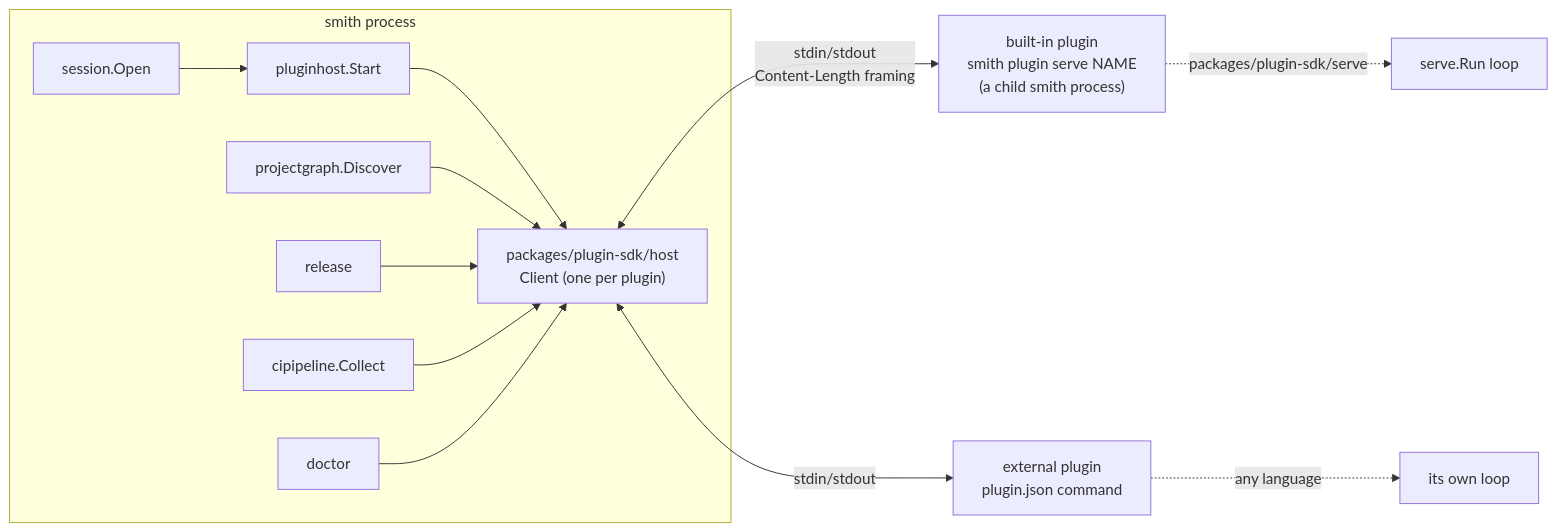
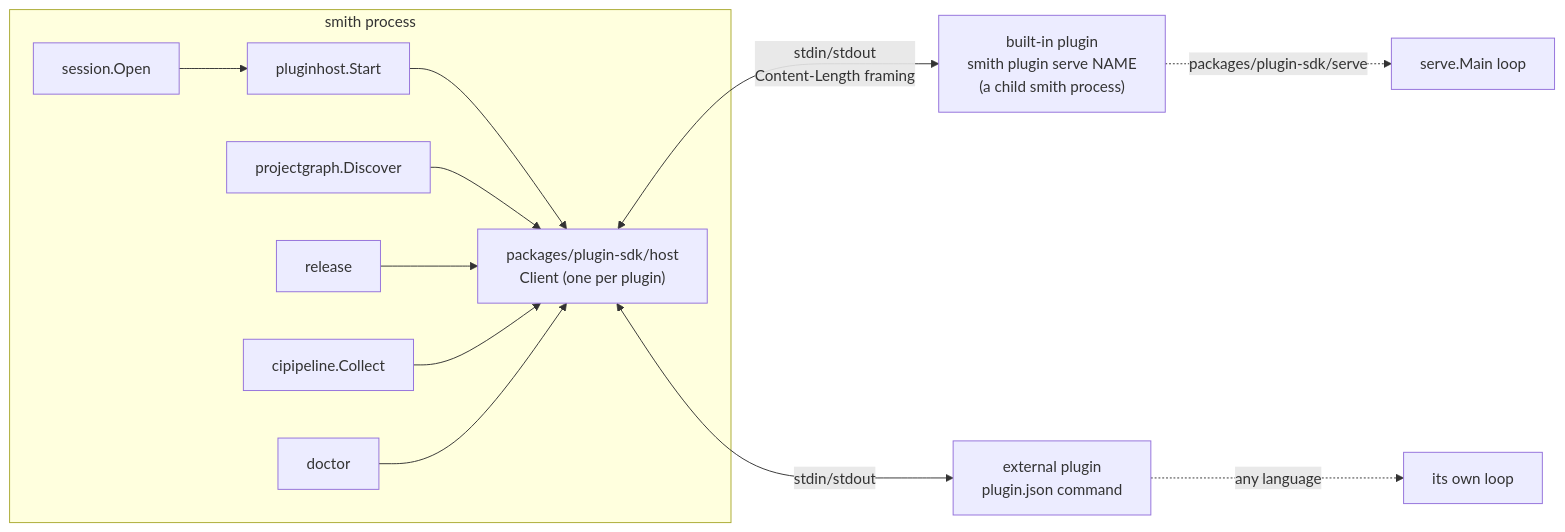
The first of 2 diagrams in docs/architecture/plugin-protocol.md (monosmith-app/monosmith), drawn with Mermaid before and after one commit. The commit also changed other lines of this file and 11 other files, not shown here.

First line of the commit message:
docs(plugins): add derive, channels and SDK members to the plugin docs

````diff
--- a/docs/architecture/plugin-protocol.md
+++ b/docs/architecture/plugin-protocol.md
@@ -17,15 +17,15 @@
 ```mermaid
 flowchart LR
   subgraph smith["smith process"]
     session["session.Open"] --> pluginhost["pluginhost.Start"]
     pluginhost --> hostclient["packages/plugin-sdk/host<br/>Client (one per plugin)"]
     projectgraph["projectgraph.Discover"] --> hostclient
     release["release"] --> hostclient
     cipipeline["cipipeline.Collect"] --> hostclient
     doctor["doctor"] --> hostclient
   end
   hostclient <-->|"stdin/stdout<br/>Content-Length framing"| builtin["built-in plugin<br/>smith plugin serve NAME<br/>(a child smith process)"]
   hostclient <-->|"stdin/stdout"| external["external plugin<br/>plugin.json command"]
-  builtin -.->|"packages/plugin-sdk/serve"| sdk["serve.Run loop"]
+  builtin -.->|"packages/plugin-sdk/serve"| sdk["serve.Main loop"]
   external -.->|"any language"| sdk2["its own loop"]
 ```
````
